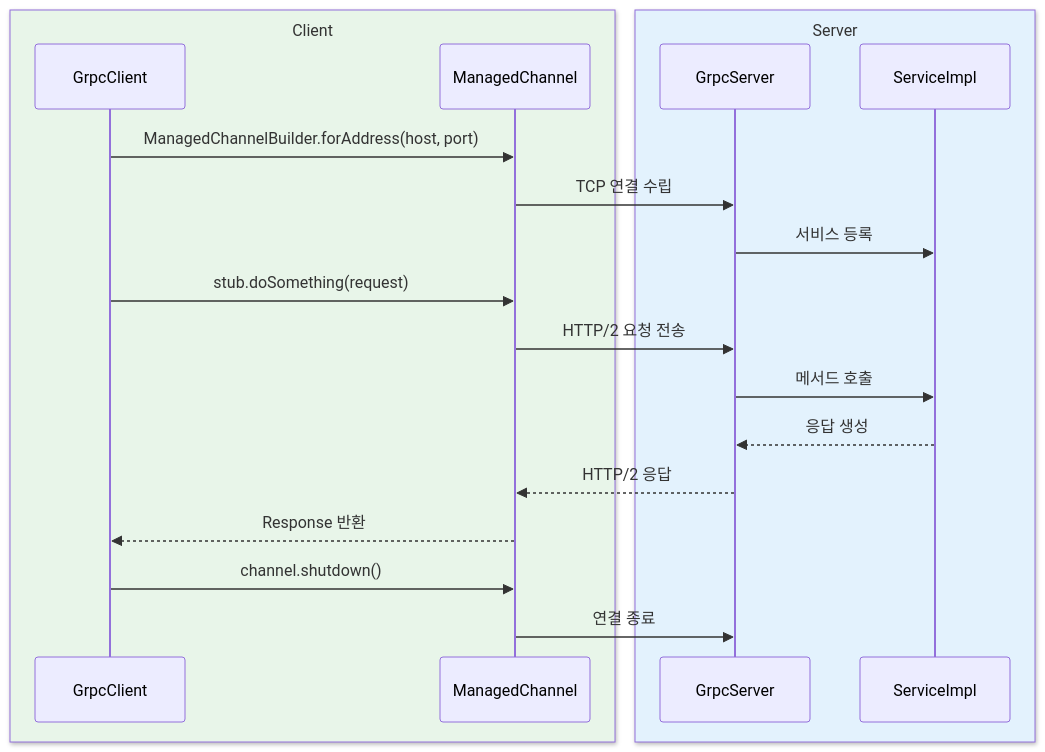
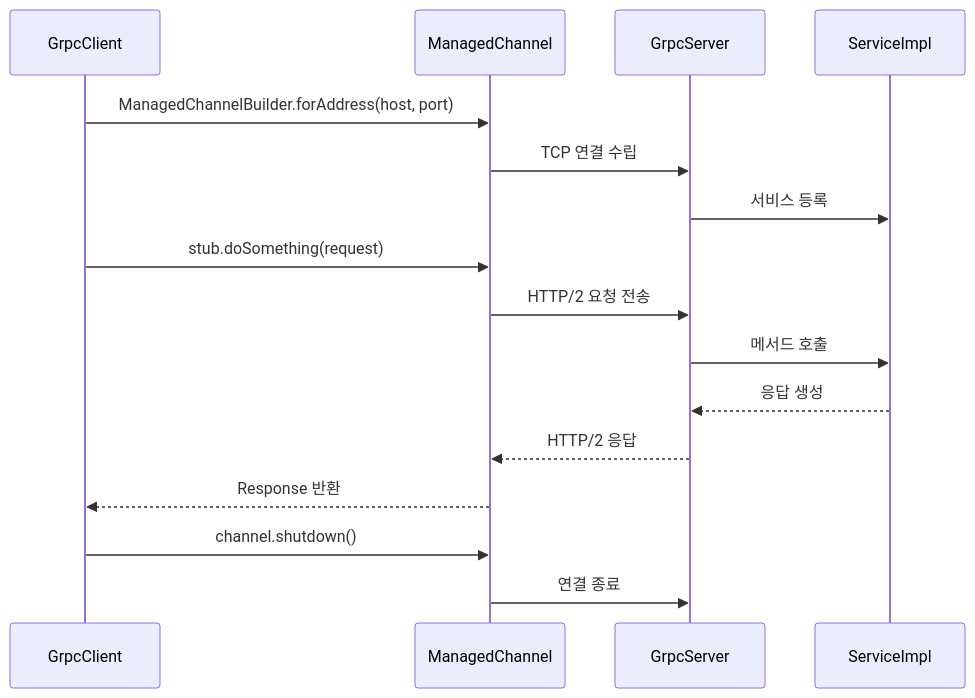
One commit to bluetape4k/bluetape4k-projects changed the third of 4 diagrams in io/grpc/README.ko.md. Above: the diagram before and after it, drawn with Mermaid. The commit also changed other lines of this file and 219 other files, not shown here.

First line of the commit message:
docs: 전체 README Mermaid 다이어그램 가이드 적용

````diff
--- a/io/grpc/README.ko.md
+++ b/io/grpc/README.ko.md
@@ -109,25 +109,21 @@
 ```mermaid
 sequenceDiagram
-    box rgb(232, 245, 233) Client
         participant C as GrpcClient
         participant CH as ManagedChannel
-    end
-    box rgb(227, 242, 253) Server
         participant S as GrpcServer
         participant SVC as ServiceImpl
-    end
 
     C->>CH: ManagedChannelBuilder.forAddress(host, port)
     CH->>S: TCP 연결 수립
     S->>SVC: 서비스 등록
 
     C->>CH: stub.doSomething(request)
     CH->>S: HTTP/2 요청 전송
     S->>SVC: 메서드 호출
     SVC-->>S: 응답 생성
     S-->>CH: HTTP/2 응답
     CH-->>C: Response 반환
 
     C->>CH: channel.shutdown()
     CH->>S: 연결 종료
 ```
````
